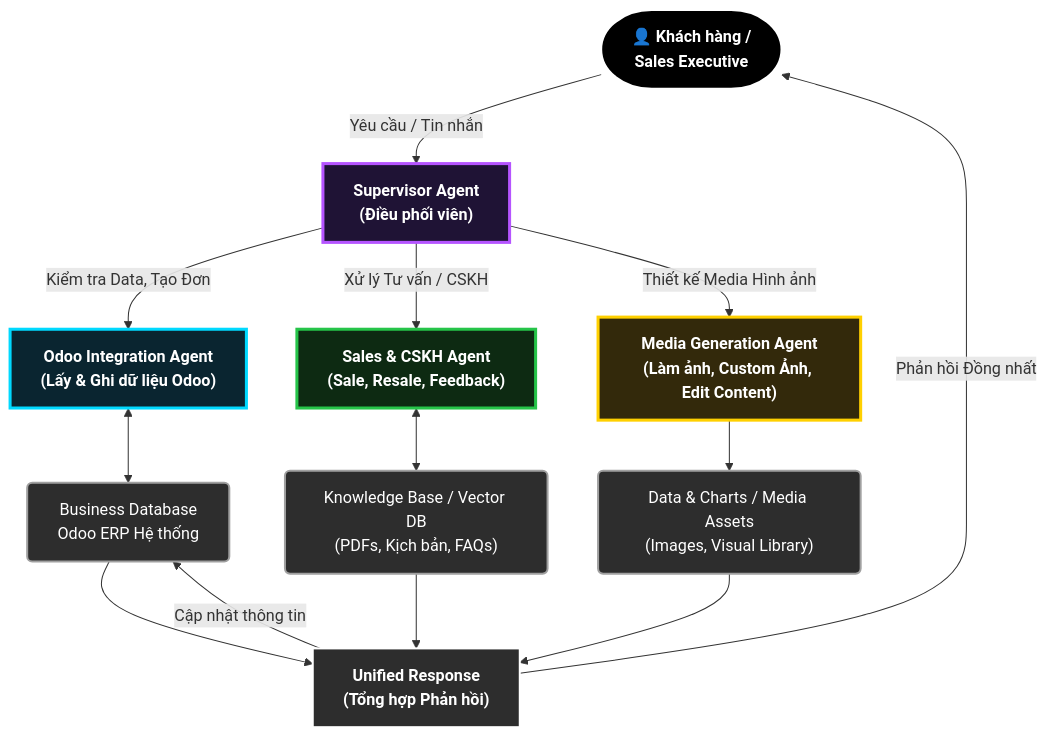
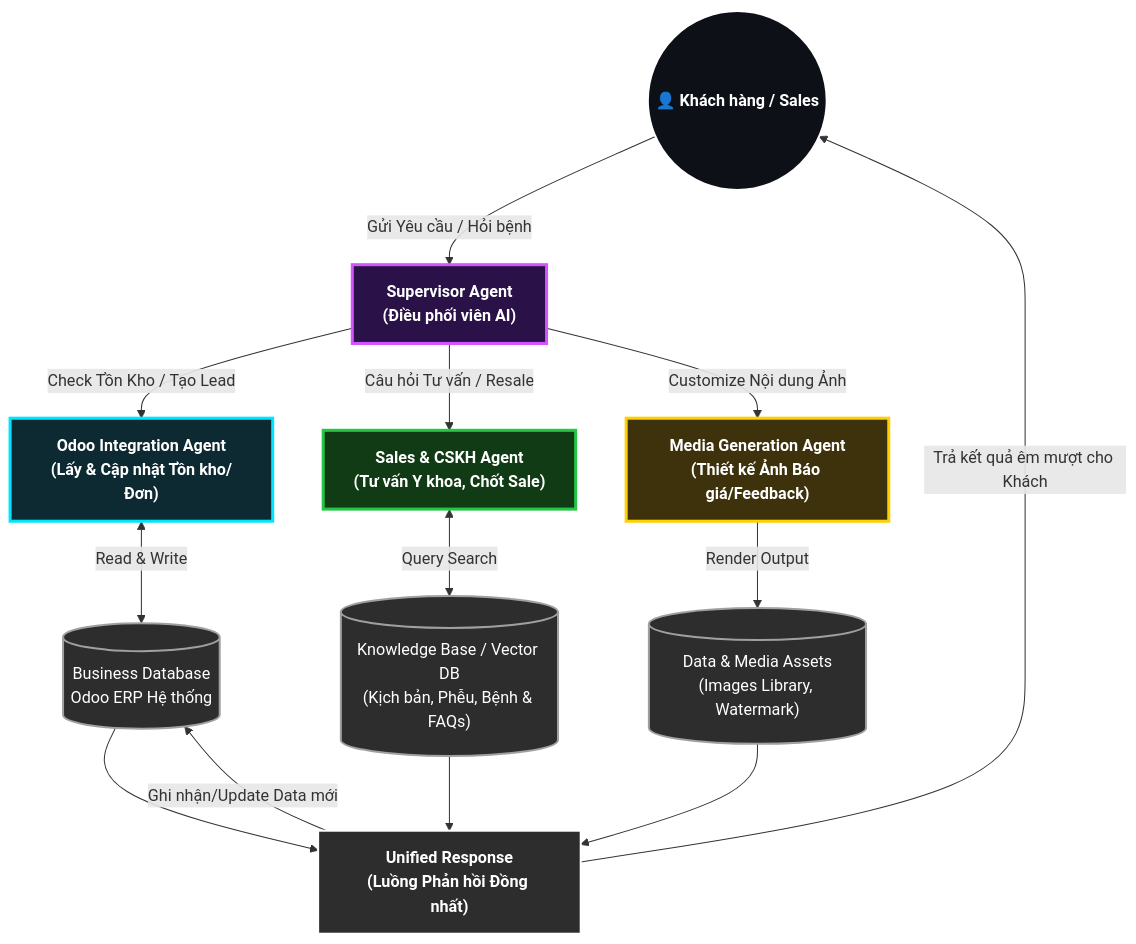
Before and after one commit to unclecatvn/ai-project: the diagram in content/projects/liver_detoxnic_ai_sales_bot/README.md, drawn with Mermaid. The commit also changed 57 other files, not shown here.

````diff
--- a/content/projects/liver_detoxnic_ai_sales_bot/README.md
+++ b/content/projects/liver_detoxnic_ai_sales_bot/README.md
@@ -40,37 +40,45 @@
 ```mermaid
 graph TD
-    classDef userNode fill:#000,stroke:#fff,stroke-width:2px,color:#fff,font-weight:bold,rx:50,ry:50
-    classDef supervisorNode fill:#1f1335,stroke:#b554ff,stroke-width:3px,color:#fff,font-weight:bold
-    classDef sqlNode fill:#0a2530,stroke:#00d9ff,stroke-width:3px,color:#fff,font-weight:bold
-    classDef docNode fill:#0d2a12,stroke:#26c449,stroke-width:3px,color:#fff,font-weight:bold
-    classDef visNode fill:#33290b,stroke:#ffd000,stroke-width:3px,color:#fff,font-weight:bold
-    classDef dbNode fill:#2d2d2d,stroke:#a0a0a0,stroke-width:2px,color:#fff,rx:5,ry:5
-    classDef unifiedNode fill:#2d2d2d,stroke:#ffffff,stroke-width:2px,color:#fff,font-weight:bold
+    classDef userNode fill:#0d1117,stroke:#ffffff,stroke-width:2px,color:#ffffff,font-weight:bold,rx:50,ry:50
+    classDef superNode fill:#2a1148,stroke:#d554ff,stroke-width:3px,color:#ffffff,font-weight:bold
+    classDef odooNode fill:#0d2a33,stroke:#00e5ff,stroke-width:3px,color:#ffffff,font-weight:bold
+    classDef salesNode fill:#103b14,stroke:#24c646,stroke-width:3px,color:#ffffff,font-weight:bold
+    classDef mediaNode fill:#3d320b,stroke:#ffd000,stroke-width:3px,color:#ffffff,font-weight:bold
+    classDef dbNode fill:#2d2d2d,stroke:#a0a0a0,stroke-width:2px,color:#ffffff
+    classDef uniNode fill:#2d2d2d,stroke:#ffffff,stroke-width:2px,color:#ffffff,font-weight:bold
 
-    User["👤 Khách hàng / <br>Sales Executive"]
+    User(("👤 Khách hàng / Sales")):::userNode
+    Sup["Supervisor Agent<br/>(Điều phối viên AI)"]:::superNode
 
-    User -- "Yêu cầu / Tin nhắn" --> Sup["Supervisor Agent<br>(Điều phối viên)"]
+    %% Bước 1: Tiếp nhận yêu cầu
+    User -- "Gửi Yêu cầu / Hỏi bệnh" --> Sup
 
-    Sup -- "Kiểm tra Data, Tạo Đơn" --> OdooAg["Odoo Integration Agent<br>(Lấy & Ghi dữ liệu Odoo)"]
-    Sup -- "Xử lý Tư vấn / CSKH" --> SaleAg["Sales & CSKH Agent<br>(Sale, Resale, Feedback)"]
-    Sup -- "Thiết kế Media Hình ảnh" --> MediaAg["Media Generation Agent<br>(Làm ảnh, Custom Ảnh, Edit Content)"]
+    %% Bước 2: Phân luồng Task
+    OdooAg["Odoo Integration Agent<br/>(Lấy & Cập nhật Tồn kho/Đơn)"]:::odooNode
+    SaleAg["Sales & CSKH Agent<br/>(Tư vấn Y khoa, Chốt Sale)"]:::salesNode
+    MediaAg["Media Generation Agent<br/>(Thiết kế Ảnh Báo giá/Feedback)"]:::mediaNode
 
-    OdooAg <--> OdooDB["Business Database<br>Odoo ERP Hệ thống"]
-    SaleAg <--> KB["Knowledge Base / Vector DB<br>(PDFs, Kịch bản, FAQs)"]
-    MediaAg --> Assets["Data & Charts / Media Assets<br>(Images, Visual Library)"]
+    Sup -- "Check Tồn Kho / Tạo Lead" --> OdooAg
+    Sup -- "Câu hỏi Tư vấn / Resale" --> SaleAg
+    Sup -- "Customize Nội dung Ảnh" --> MediaAg
 
-    OdooDB --> Uni["Unified Response<br>(Tổng hợp Phản hồi)"]
+    %% Bước 3: Tương tác Dữ liệu / Data Sources
+    OdooDB[("Business Database<br/>Odoo ERP Hệ thống")]:::dbNode
+    KB[("Knowledge Base / Vector DB<br/>(Kịch bản, Phễu, Bệnh & FAQs)")]:::dbNode
+    Assets[("Data & Media Assets<br/>(Images Library, Watermark)")]:::dbNode
+
+    OdooAg <-->|Read & Write| OdooDB
+    SaleAg <-->|Query Search| KB
+    MediaAg -->|Render Output| Assets
+
+    %% Bước 4: Tổng hợp
+    Uni["Unified Response<br/>(Luồng Phản hồi Đồng nhất)"]:::uniNode
+
+    OdooDB --> Uni
     KB --> Uni
     Assets --> Uni
 
-    Uni -- Cập nhật thông tin --> OdooDB
-    Uni -- "Phản hồi Đồng nhất" --> User
-
-    class User userNode;
-    class Sup supervisorNode;
-    class OdooAg sqlNode;
-    class SaleAg docNode;
-    class MediaAg visNode;
-    class OdooDB,KB,Assets dbNode;
-    class Uni unifiedNode;
+    %% Vòng lặp
+    Uni -- "Ghi nhận/Update Data mới" --> OdooDB
+    Uni -- "Trả kết quả êm mượt cho Khách" --> User
 ```
````
